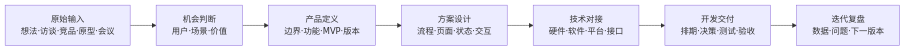
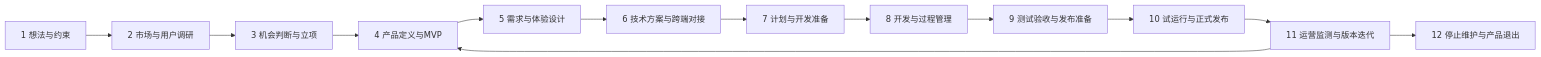
Before and after one commit to xiaweicheng1230-svg/product-manager-skill: the diagram in README.md, drawn with Mermaid. The commit also changed other lines of this file, not shown here.

````diff
--- a/README.md
+++ b/README.md
@@ -23,9 +23,15 @@
 ```mermaid
 flowchart LR
-    A[原始输入<br/>想法·访谈·竞品·原型·会议] --> B[机会判断<br/>用户·场景·价值]
-    B --> C[产品定义<br/>边界·功能·MVP·版本]
-    C --> D[方案设计<br/>流程·页面·状态·交互]
-    D --> E[技术对接<br/>硬件·软件·平台·接口]
-    E --> F[开发交付<br/>排期·决策·测试·验收]
-    F --> G[迭代复盘<br/>数据·问题·下一版本]
+    A[1 想法与约束] --> B[2 市场与用户调研]
+    B --> C[3 机会判断与立项]
+    C --> D[4 产品定义与MVP]
+    D --> E[5 需求与体验设计]
+    E --> F[6 技术方案与跨端对接]
+    F --> G[7 计划与开发准备]
+    G --> H[8 开发与过程管理]
+    H --> I[9 测试验收与发布准备]
+    I --> J[10 试运行与正式发布]
+    J --> K[11 运营监测与版本迭代]
+    K --> D
+    K --> L[12 停止维护与产品退出]
 ```
````
